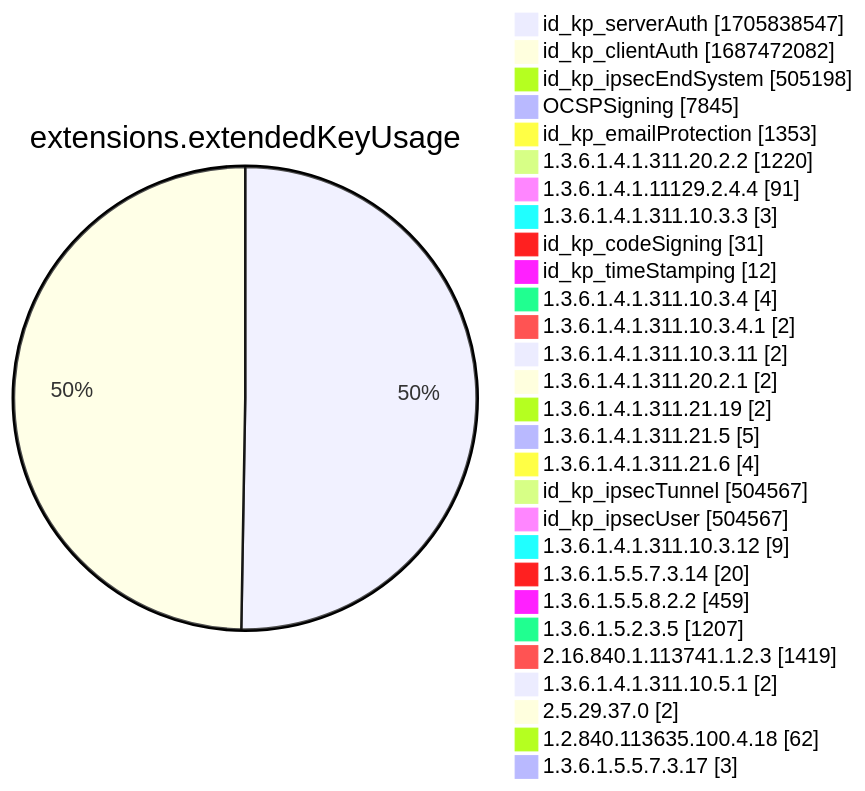
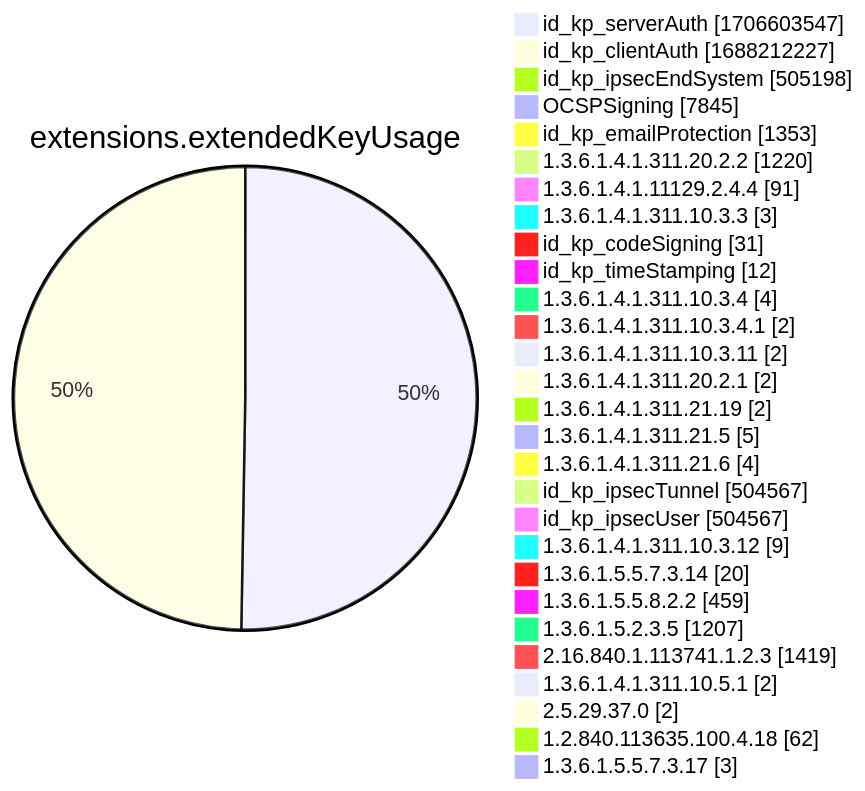
Before and after one commit to christiankrug/ctmonitor_visualization: diagram 12 of 15 in xenon2022/README.md, drawn with Mermaid. The commit also changed other lines of this file, not shown here.

````diff
--- a/xenon2022/README.md
+++ b/xenon2022/README.md
@@ -3888,32 +3888,32 @@
 ```mermaid
 pie showData
 title extensions.extendedKeyUsage
-"id_kp_serverAuth" :1705838547
-"id_kp_clientAuth" :1687472082
+"id_kp_serverAuth" :1706603547
+"id_kp_clientAuth" :1688212227
 "id_kp_ipsecEndSystem" :505198
 "OCSPSigning" :7845
 "id_kp_emailProtection" :1353
 "1.3.6.1.4.1.311.20.2.2" :1220
 "1.3.6.1.4.1.11129.2.4.4" :91
 "1.3.6.1.4.1.311.10.3.3" :3
 "id_kp_codeSigning" :31
 "id_kp_timeStamping" :12
 "1.3.6.1.4.1.311.10.3.4" :4
 "1.3.6.1.4.1.311.10.3.4.1" :2
 "1.3.6.1.4.1.311.10.3.11" :2
 "1.3.6.1.4.1.311.20.2.1" :2
 "1.3.6.1.4.1.311.21.19" :2
 "1.3.6.1.4.1.311.21.5" :5
 "1.3.6.1.4.1.311.21.6" :4
 "id_kp_ipsecTunnel" :504567
 "id_kp_ipsecUser" :504567
 "1.3.6.1.4.1.311.10.3.12" :9
 "1.3.6.1.5.5.7.3.14" :20
 "1.3.6.1.5.5.8.2.2" :459
 "1.3.6.1.5.2.3.5" :1207
 "2.16.840.1.113741.1.2.3" :1419
 "1.3.6.1.4.1.311.10.5.1" :2
 "2.5.29.37.0" :2
 "1.2.840.113635.100.4.18" :62
 "1.3.6.1.5.5.7.3.17" :3
 ```
````
